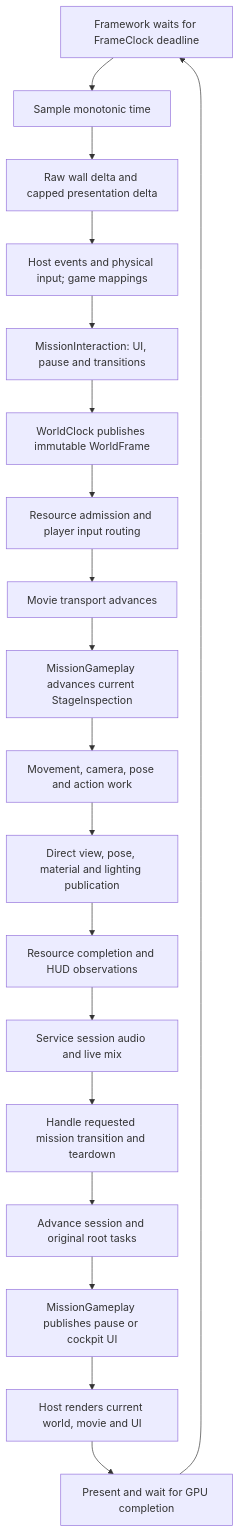
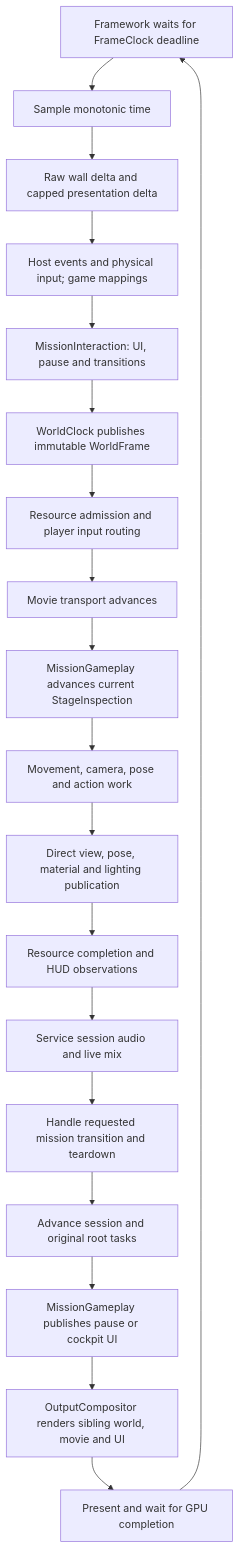
Before and after one commit to plainsight-systems/bullet-witch: the second of 4 diagrams in docs/architecture/current-ownership.md, drawn with Mermaid. The commit also changed other lines of this file and 28 other files, not shown here.

````diff
--- a/docs/architecture/current-ownership.md
+++ b/docs/architecture/current-ownership.md
@@ -72,21 +75,21 @@
 ```mermaid
 flowchart TD
   Wait[Framework waits for FrameClock deadline] --> Sample[Sample monotonic time]
   Sample --> Times[Raw wall delta and capped presentation delta]
   Times --> Input[Host events and physical input; game mappings]
   Input --> Admit[MissionInteraction: UI, pause and transitions]
   Admit --> Clock[WorldClock publishes immutable WorldFrame]
   Clock --> Route[Resource admission and player input routing]
   Route --> Media[Movie transport advances]
   Media --> Advance[MissionGameplay advances current StageInspection]
   Advance --> Actor[Movement, camera, pose and action work]
   Actor --> Publish[Direct view, pose, material and lighting publication]
   Publish --> Cockpit[Resource completion and HUD observations]
   Cockpit --> Audio[Service session audio and live mix]
   Audio --> Transition[Handle requested mission transition and teardown]
   Transition --> Session[Advance session and original root tasks]
   Session --> UI[MissionGameplay publishes pause or cockpit UI]
-  UI --> Draw[Host renders current world, movie and UI]
+  UI --> Draw[OutputCompositor renders sibling world, movie and UI]
   Draw --> Complete[Present and wait for GPU completion]
   Complete --> Wait
 ```
````
